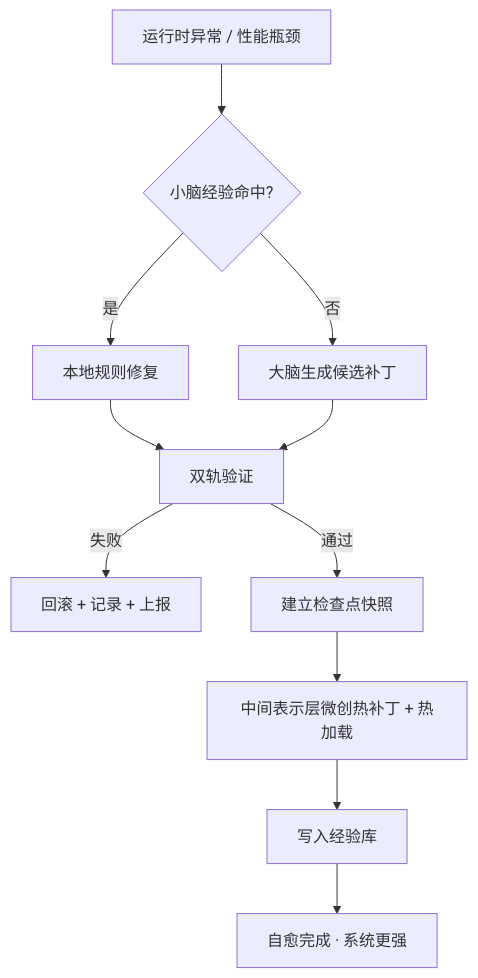
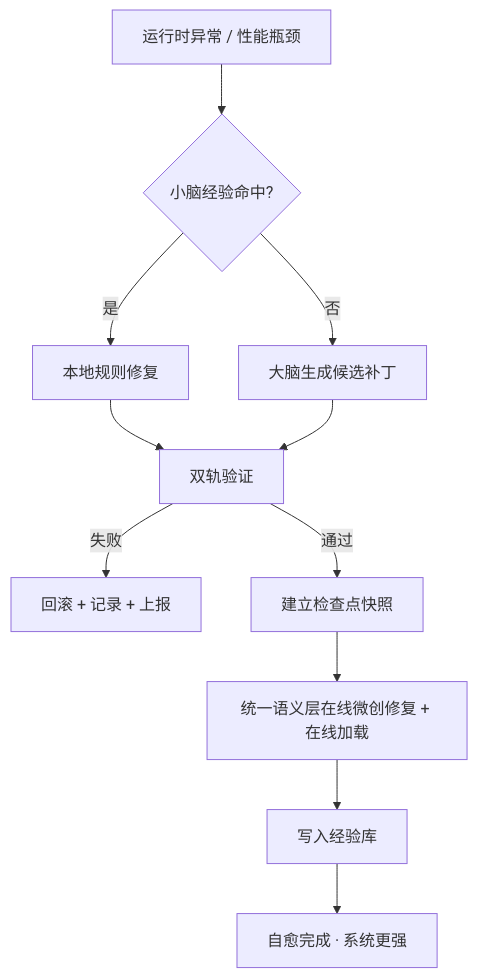
One commit to pony-029/malabc changed the fifth of 13 diagrams in aistandard/ANE规范-AI原生软件生命体工程范式.md. Above: the diagram before and after it, drawn with Mermaid. The commit also changed other lines of this file and 1 other file, not shown here.

````diff
--- a/aistandard/ANE规范-AI原生软件生命体工程范式.md
+++ b/aistandard/ANE规范-AI原生软件生命体工程范式.md
@@ -417,13 +735,13 @@
 ```mermaid
 flowchart TD
     S[运行时异常 / 性能瓶颈] --> C{小脑经验命中?}
     C -->|是| R[本地规则修复]
     C -->|否| B[大脑生成候选补丁]
     R --> V[双轨验证]
     B --> V
     V -->|失败| RB[回滚 + 记录 + 上报]
     V -->|通过| CP[建立检查点快照]
-    CP --> HP[中间表示层微创热补丁 + 热加载]
+    CP --> HP[统一语义层在线微创修复 + 在线加载]
     HP --> W[写入经验库]
     W --> OK[自愈完成 · 系统更强]
 ```
````
